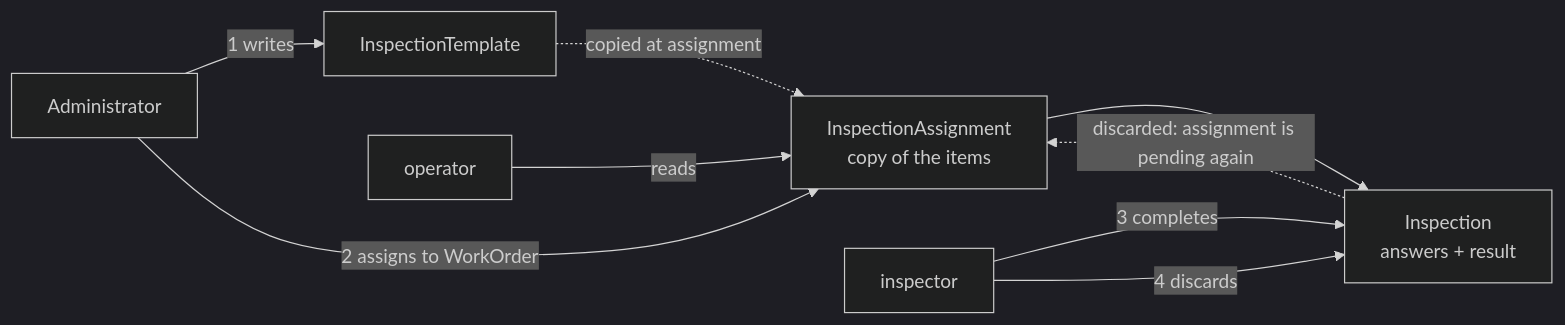
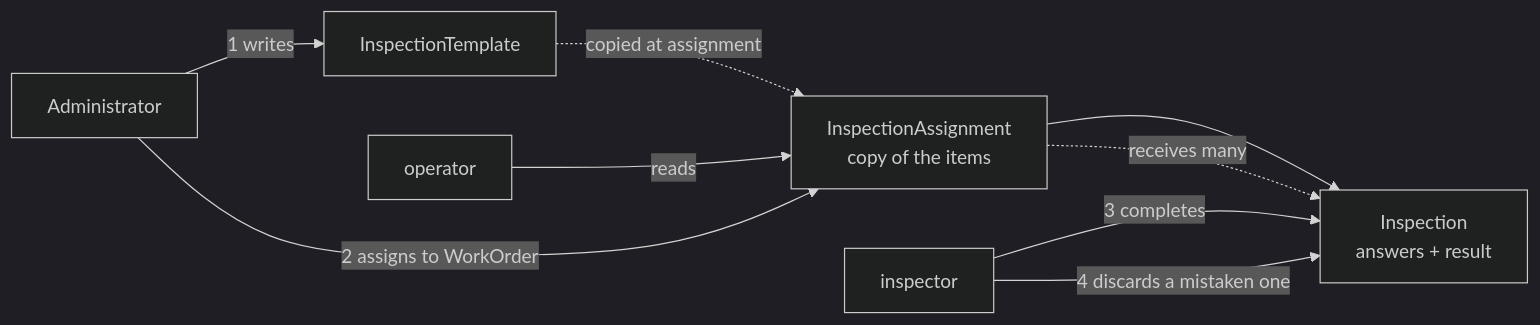
The first of 4 diagrams in .design/inspection.md (lucianotavernard/umbrielship), drawn with Mermaid (dark theme) before and after one commit. The commit also changed other lines of this file and 2 other files, not shown here.

Commit message:
docs(specs): plan the InspectionTemplate slice and allow many Inspections per assignment

````diff
--- a/.design/inspection.md
+++ b/.design/inspection.md
@@ -77,11 +77,11 @@
 ```mermaid
 flowchart LR
   A[Administrator] -->|1 writes| T[InspectionTemplate]
   A -->|2 assigns to WorkOrder| AS[InspectionAssignment<br/>copy of the items]
   T -.copied at assignment.-> AS
   I[inspector] -->|3 completes| IN[Inspection<br/>answers + result]
   AS --> IN
-  I -->|4 discards| IN
-  IN -.discarded: assignment is pending again.-> AS
+  I -->|4 discards a mistaken one| IN
+  AS -.receives many.-> IN
   O[operator] -->|reads| AS
 ```
````
